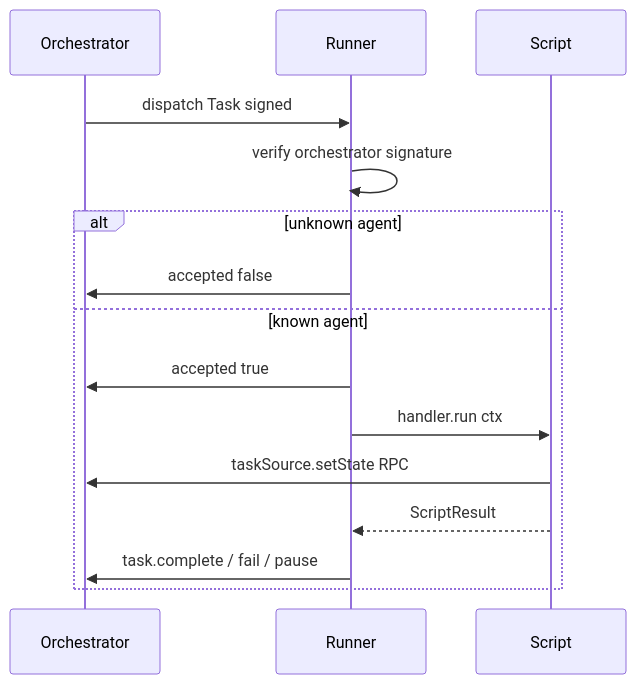
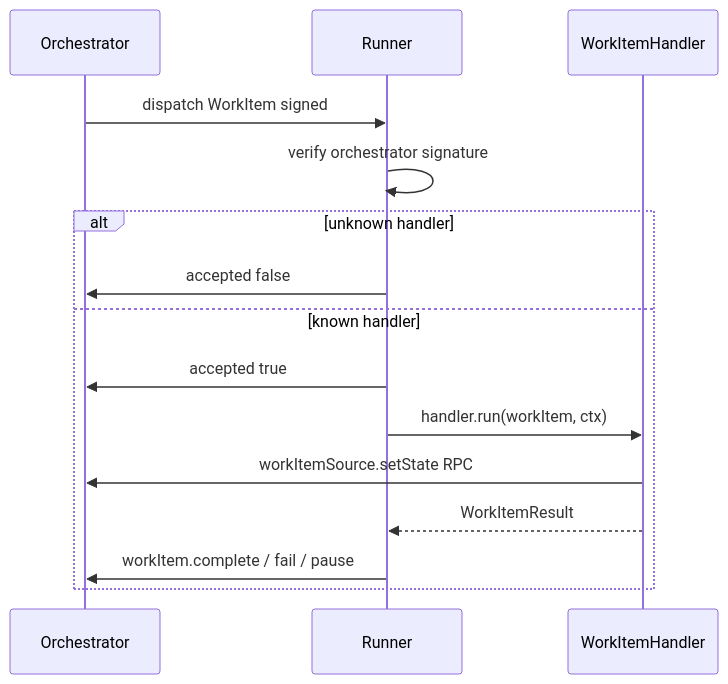
The diagram in orchestrator-v2/docs/runner.md (devzeebo/bifrost), drawn with Mermaid before and after one commit. The commit also changed other lines of this file and 56 other files, not shown here.

First line of the commit message:
unify orchestrator v2 execution model under work item terminology

````diff
--- a/orchestrator-v2/docs/runner.md
+++ b/orchestrator-v2/docs/runner.md
@@ -97,18 +97,18 @@
 ```mermaid
 sequenceDiagram
   participant O as Orchestrator
   participant R as Runner
-  participant S as Script
+  participant H as WorkItemHandler
 
-  O->>R: dispatch Task signed
+  O->>R: dispatch WorkItem signed
   R->>R: verify orchestrator signature
-  alt unknown agent
+  alt unknown handler
     R->>O: accepted false
-  else known agent
+  else known handler
     R->>O: accepted true
-    R->>S: handler.run ctx
-    S->>O: taskSource.setState RPC
-    S-->>R: ScriptResult
-    R->>O: task.complete / fail / pause
+    R->>H: handler.run(workItem, ctx)
+    H->>O: workItemSource.setState RPC
+    H-->>R: WorkItemResult
+    R->>O: workItem.complete / fail / pause
   end
 ```
````
